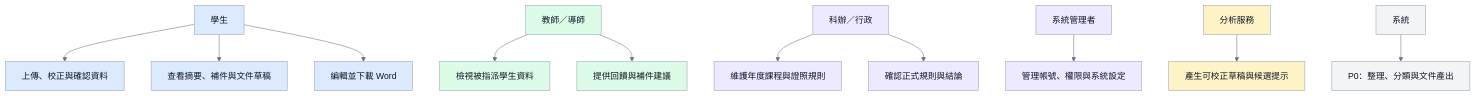
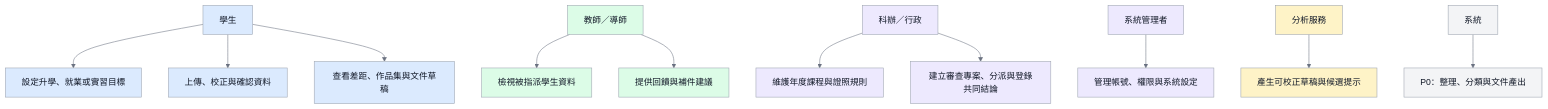
The diagram in docs/images/D-01-use-case-v2.mmd (vujhdcusa/1028), drawn with Mermaid before and after one commit. The commit also changed 5 other files, not shown here.

```diff
--- a/docs/images/D-01-use-case-v2.mmd
+++ b/docs/images/D-01-use-case-v2.mmd
@@ -1,18 +1,18 @@
 %%{init: {'theme':'base','themeVariables': {'fontFamily':'Microsoft JhengHei, Noto Sans TC, Arial, sans-serif','primaryColor':'#F3F4F6','primaryTextColor':'#111827','primaryBorderColor':'#9CA3AF','lineColor':'#6B7280','edgeLabelBackground':'#FFFFFF'}}}%%
 flowchart TD
     classDef student fill:#DBEAFE,stroke:#9CA3AF,color:#111827,stroke-width:1px;
     classDef teacher fill:#DCFCE7,stroke:#9CA3AF,color:#111827,stroke-width:1px;
     classDef staff fill:#EDE9FE,stroke:#9CA3AF,color:#111827,stroke-width:1px;
     classDef system fill:#F3F4F6,stroke:#9CA3AF,color:#111827,stroke-width:1px;
     classDef ai fill:#FEF3C7,stroke:#9CA3AF,color:#111827,stroke-width:1px;
 
-    Student[學生]:::student --> S1[上傳、校正與確認資料]:::student
-    Student --> S2[查看摘要、補件與文件草稿]:::student
-    Student --> S3[編輯並下載 Word]:::student
+    Student[學生]:::student --> S1[設定升學、就業或實習目標]:::student
+    Student --> S2[上傳、校正與確認資料]:::student
+    Student --> S3[查看差距、作品集與文件草稿]:::student
     Teacher[教師／導師]:::teacher --> T1[檢視被指派學生資料]:::teacher
     Teacher --> T2[提供回饋與補件建議]:::teacher
     Staff[科辦／行政]:::staff --> F1[維護年度課程與證照規則]:::staff
-    Staff --> F2[確認正式規則與結論]:::staff
+    Staff --> F2[建立審查專案、分派與登錄共同結論]:::staff
     Admin[系統管理者]:::staff --> A1[管理帳號、權限與系統設定]:::staff
     Agent[分析服務]:::ai --> G1[產生可校正草稿與候選提示]:::ai
     System[系統]:::system --> P0[P0：整理、分類與文件產出]:::system
```
